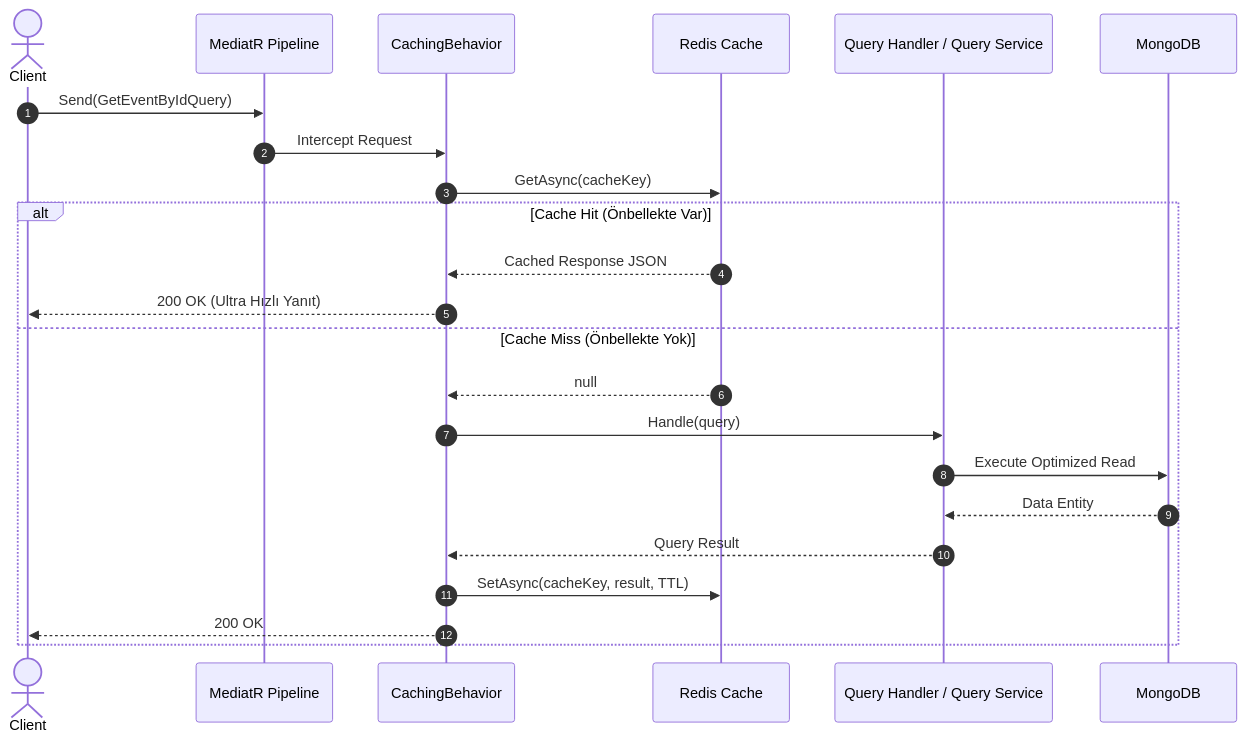
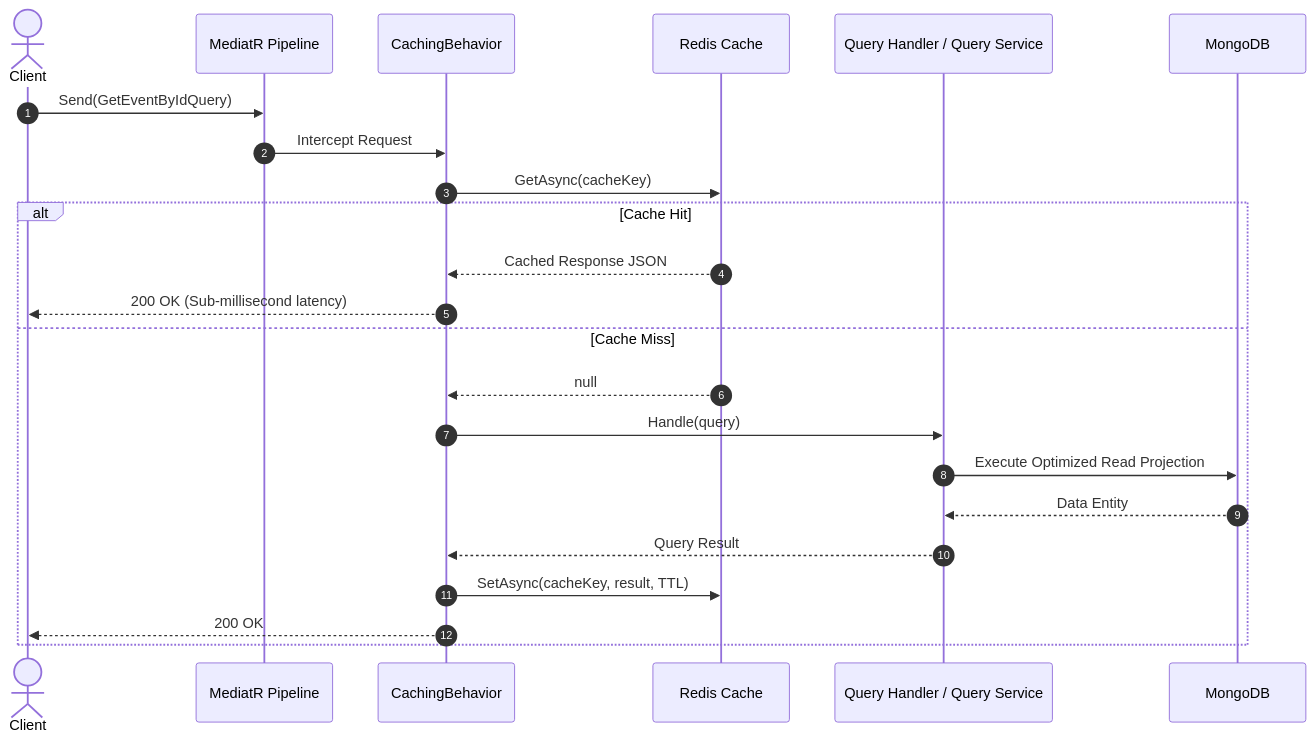
One commit to Rumeysapat/-didiyos-backend-showcase changed the second of 2 diagrams in README.md. Above: the diagram before and after it, drawn with Mermaid. The commit also changed other lines of this file and 1 other file, not shown here.

````diff
--- a/README.md
+++ b/README.md
@@ -122,26 +128,26 @@
 ```mermaid
 sequenceDiagram
     autonumber
     actor Client
     participant MediatR as MediatR Pipeline
     participant CacheBehavior as CachingBehavior
     participant Redis as Redis Cache
     participant QueryHandler as Query Handler / Query Service
     participant Mongo as MongoDB
 
     Client->>MediatR: Send(GetEventByIdQuery)
     MediatR->>CacheBehavior: Intercept Request
     CacheBehavior->>Redis: GetAsync(cacheKey)
-    alt Cache Hit (Önbellekte Var)
+    alt Cache Hit
         Redis-->>CacheBehavior: Cached Response JSON
-        CacheBehavior-->>Client: 200 OK (Ultra Hızlı Yanıt)
-    else Cache Miss (Önbellekte Yok)
+        CacheBehavior-->>Client: 200 OK (Sub-millisecond latency)
+    else Cache Miss
         Redis-->>CacheBehavior: null
         CacheBehavior->>QueryHandler: Handle(query)
-        QueryHandler->>Mongo: Execute Optimized Read
+        QueryHandler->>Mongo: Execute Optimized Read Projection
         Mongo-->>QueryHandler: Data Entity
         QueryHandler-->>CacheBehavior: Query Result
         CacheBehavior->>Redis: SetAsync(cacheKey, result, TTL)
         CacheBehavior-->>Client: 200 OK
     end
 ```
````
